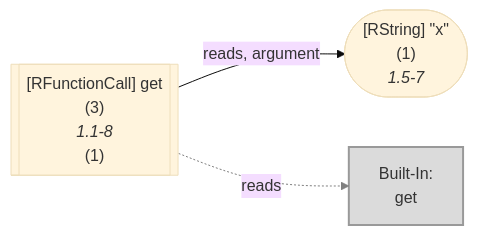
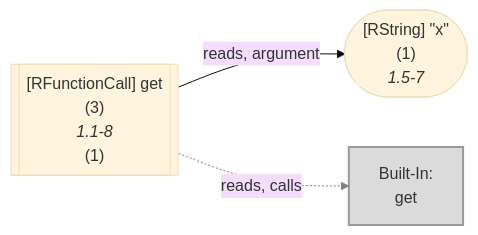
Before and after one commit to flowr-analysis/flowr: the seventh of 51 diagrams in wiki/Dataflow Graph.md, drawn with Mermaid (base theme). The commit also changed other lines of this file and 8 other files, not shown here.

Commit message:
[skip ci] doc: update generated wiki pages (wiki/Capabilities,wiki/Dataflow Graph,wiki/Query API,wiki/Search API,wiki/Engines,wiki/Interface,wiki/Control Flow Graph,wiki/Core,README)

````diff
--- a/wiki/Dataflow Graph.md
+++ b/wiki/Dataflow Graph.md
@@ -790,16 +790,16 @@
 ```mermaid
 flowchart LR
     1(["`#91;RString#93; #34;x#34;
       (1)
       *1.5-7*`"])
     3[["`#91;RFunctionCall#93; get
       (3)
       *1.1-8*
     (1)`"]]
     built-in:get["`Built-In:
 get`"]
     style built-in:get stroke:gray,fill:lightgray,stroke-width:2px,opacity:.8;
     3 -->|"reads, argument"| 1
-    3 -.->|"reads"| built-in:get
+    3 -.->|"reads, calls"| built-in:get
     linkStyle 1 stroke:gray;
 ```
````
